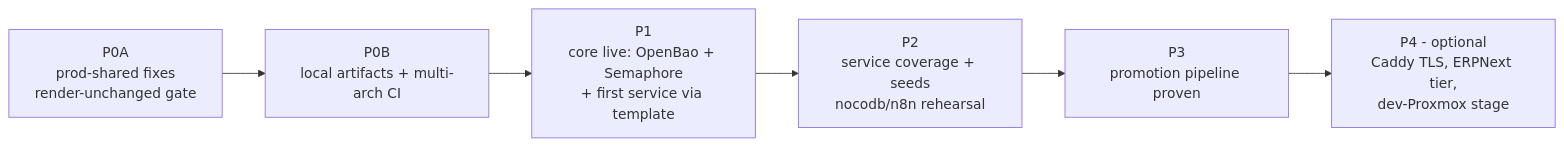
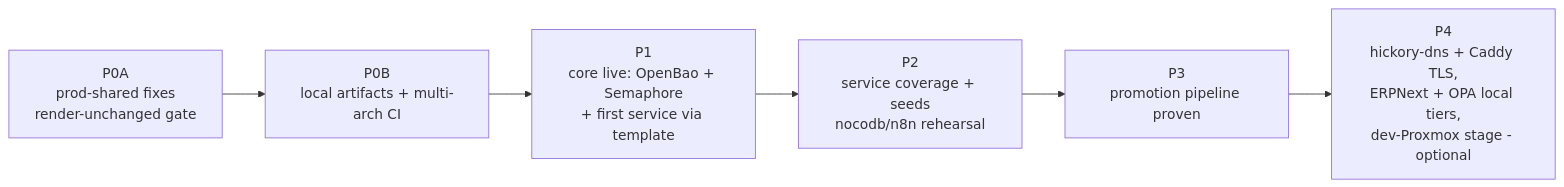
The first of 4 diagrams in plan/development/LOCAL-DEV-DEPLOYMENT.md (uhstray-io/agent-cloud), drawn with Mermaid before and after one commit. The commit also changed other lines of this file and 3 other files, not shown here.

First line of the commit message:
docs(plan): hickory-dns DNS plans + local-dev roster expansion

````diff
--- a/plan/development/LOCAL-DEV-DEPLOYMENT.md
+++ b/plan/development/LOCAL-DEV-DEPLOYMENT.md
@@ -30,8 +30,8 @@
 ```mermaid
 flowchart LR
   P0A[P0A<br/>prod-shared fixes<br/>render-unchanged gate] --> P0B[P0B<br/>local artifacts + multi-arch CI]
   P0B --> P1[P1<br/>core live: OpenBao + Semaphore<br/>+ first service via template]
   P1 --> P2[P2<br/>service coverage + seeds<br/>nocodb/n8n rehearsal]
   P2 --> P3[P3<br/>promotion pipeline proven]
-  P3 --> P4[P4 - optional<br/>Caddy TLS, ERPNext tier,<br/>dev-Proxmox stage]
+  P3 --> P4[P4<br/>hickory-dns + Caddy TLS,<br/>ERPNext + OPA local tiers,<br/>dev-Proxmox stage - optional]
 ```
````
